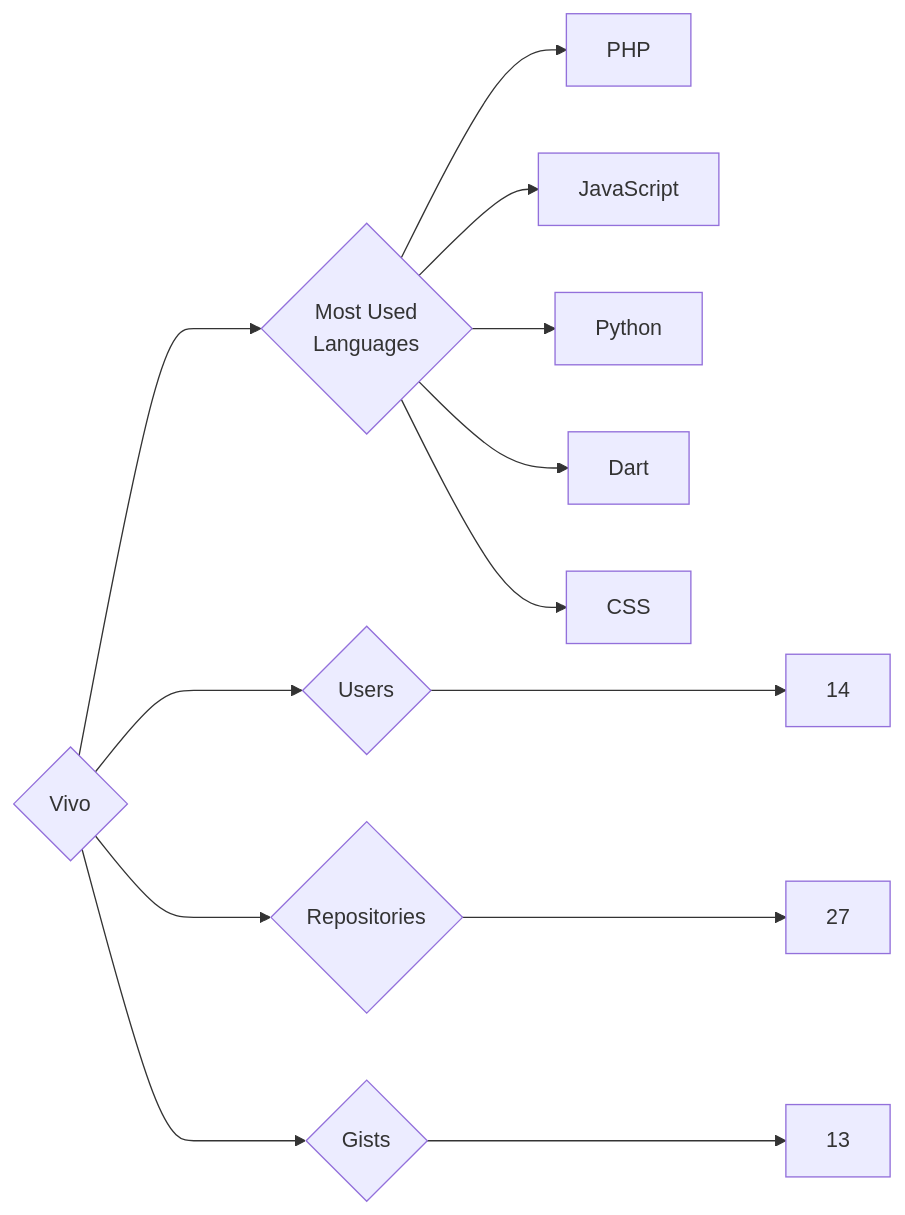
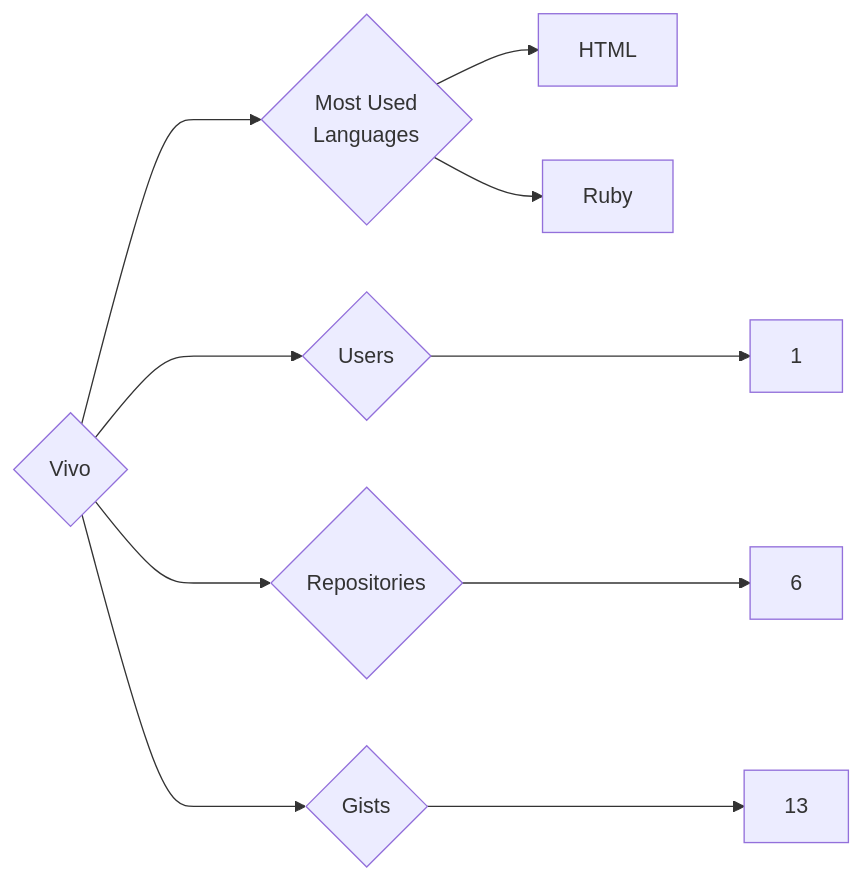
One commit to trickest/insiders changed the diagram in targets/Vivo/README.md. Above: the diagram before and after it, drawn with Mermaid. The commit also changed 796 other files, not shown here.

````diff
--- a/targets/Vivo/README.md
+++ b/targets/Vivo/README.md
@@ -3,13 +3,10 @@
 ```mermaid
 graph LR
 COMPANY_NAME{Vivo}
-COMPANY_NAME ---> U{Users} ---> UN[14]
-COMPANY_NAME ---> R{Repositories} ---> RN[27]
+COMPANY_NAME ---> U{Users} ---> UN[1]
+COMPANY_NAME ---> R{Repositories} ---> RN[6]
 COMPANY_NAME ---> G{Gists} ---> GN[13]
 COMPANY_NAME ---> ML{Most Used<br>Languages}
-ML --> PHP[PHP]
-ML --> JavaScript[JavaScript]
-ML --> Python[Python]
-ML --> Dart[Dart]
-ML --> CSS[CSS]
+ML --> HTML[HTML]
+ML --> Ruby[Ruby]
 ```
````
